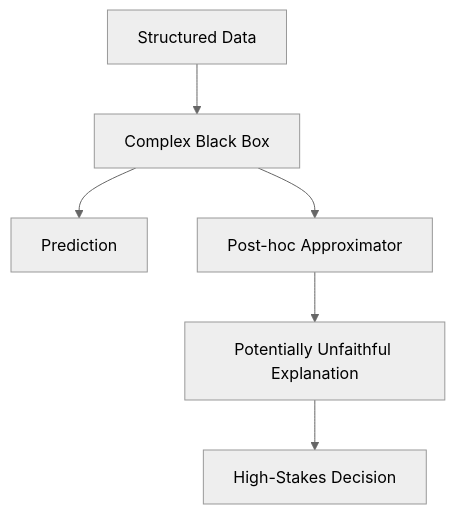
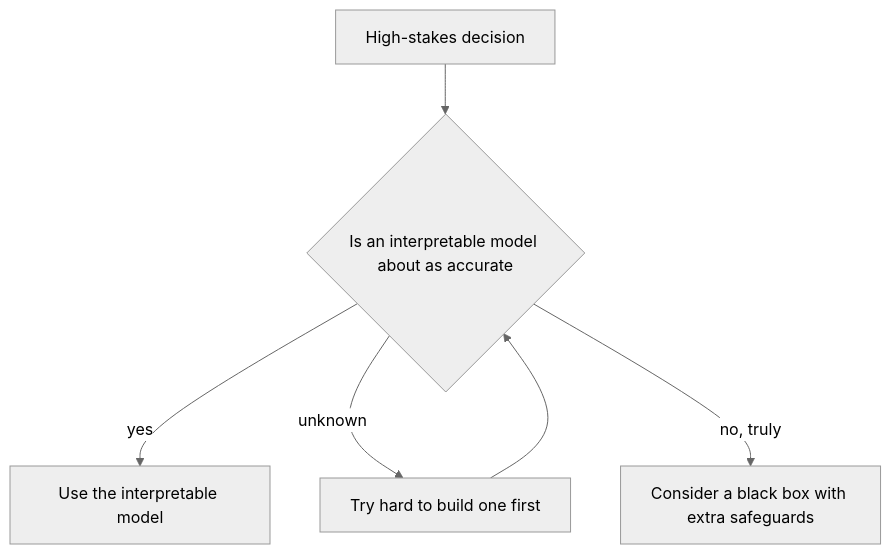
Before and after one commit to Tarunsai08/PaperStack: the diagram in content/papers/stop-explaining-black-box-machine-learning-models-for-high-s.md, drawn with Mermaid (neutral theme). The commit also changed other lines of this file and 10 other files, not shown here.

````diff
--- a/content/papers/stop-explaining-black-box-machine-learning-models-for-high-s.md
+++ b/content/papers/stop-explaining-black-box-machine-learning-models-for-high-s.md
@@ -97,8 +91,8 @@
 ```mermaid
 flowchart TD
-    A[Structured Data] --> B[Complex Black Box]
-    B --> C[Prediction]
-    B --> D[Post-hoc Approximator]
-    D --> E[Potentially Unfaithful Explanation]
-    E --> F[High-Stakes Decision]
+  A[High-stakes decision] --> B{Is an interpretable model about as accurate}
+  B -- yes --> C[Use the interpretable model]
+  B -- unknown --> D[Try hard to build one first]
+  D --> B
+  B -- no, truly --> E[Consider a black box with extra safeguards]
 ```
````
